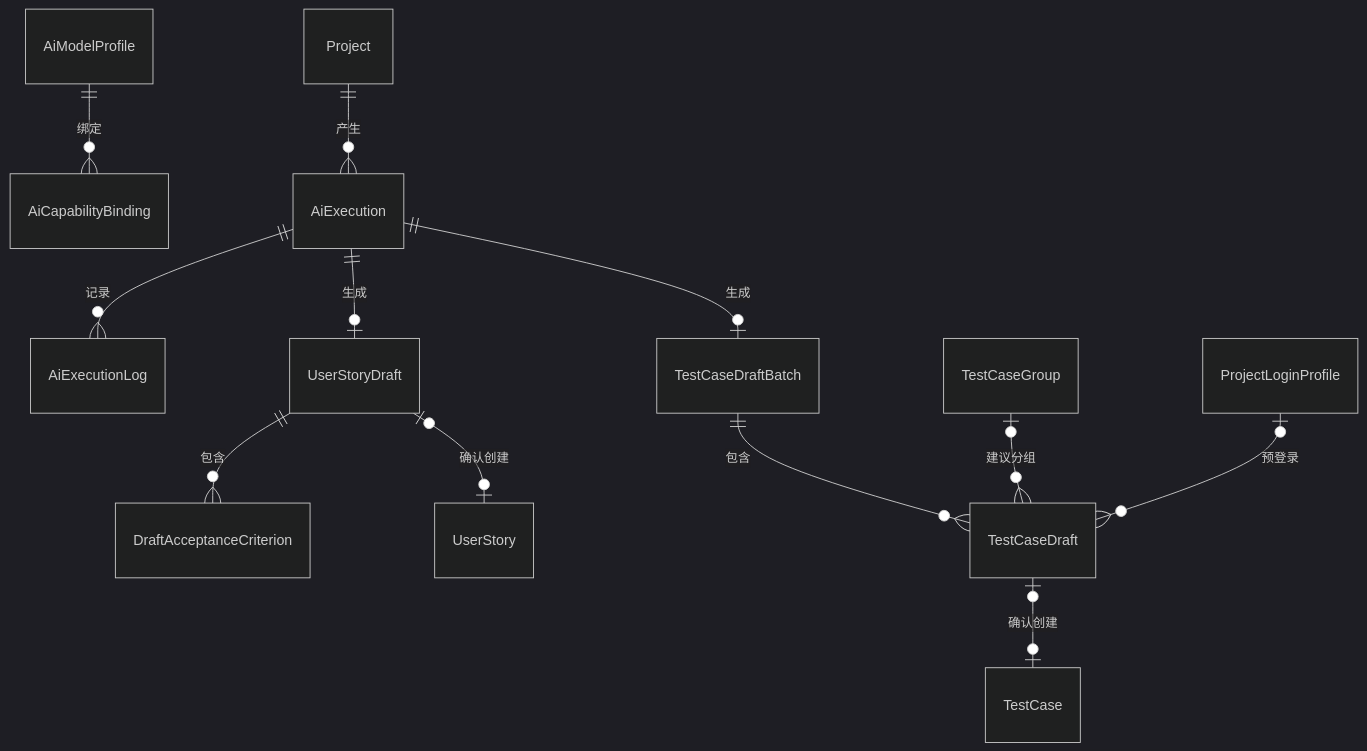
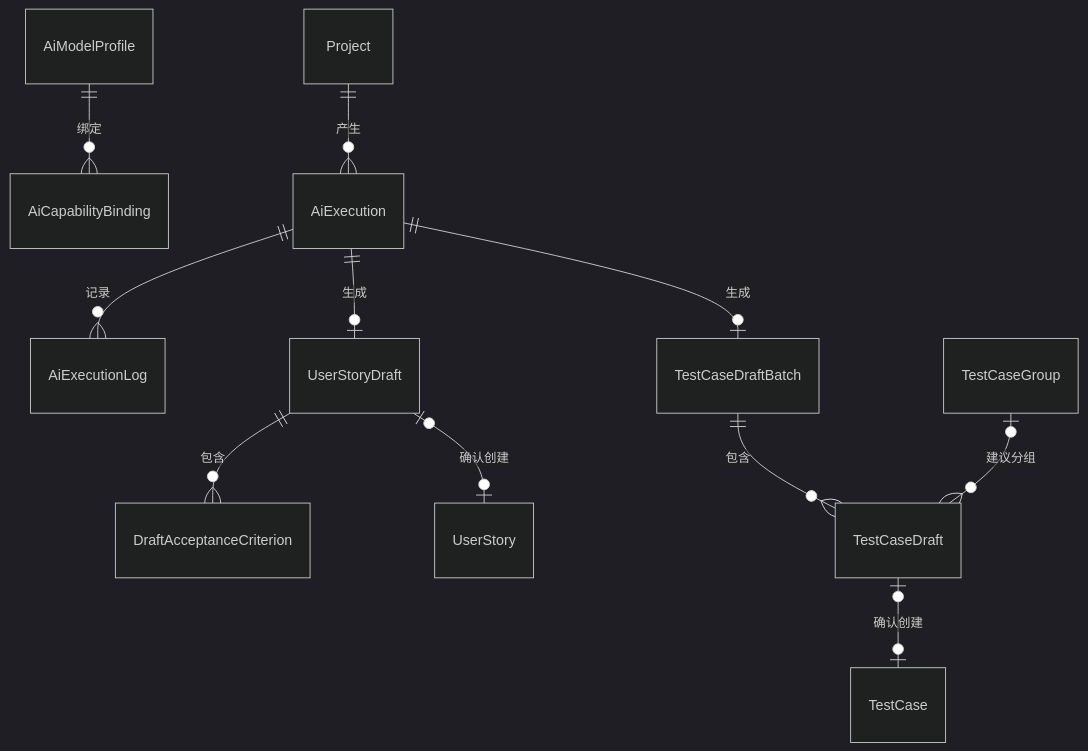
The fifth of 10 diagrams in docs/代码架构与运行机制.md (qianzgcn/spec-chain), drawn with Mermaid (dark theme) before and after one commit. The commit also changed other lines of this file and 82 other files, not shown here.

````diff
--- a/docs/代码架构与运行机制.md
+++ b/docs/代码架构与运行机制.md
@@ -773,15 +771,14 @@
 ```mermaid
 erDiagram
   AiModelProfile ||--o{ AiCapabilityBinding : 绑定
   Project ||--o{ AiExecution : 产生
   AiExecution ||--o{ AiExecutionLog : 记录
   AiExecution ||--o| UserStoryDraft : 生成
   UserStoryDraft ||--o{ DraftAcceptanceCriterion : 包含
   UserStoryDraft o|--o| UserStory : 确认创建
 
   AiExecution ||--o| TestCaseDraftBatch : 生成
   TestCaseDraftBatch ||--o{ TestCaseDraft : 包含
   TestCaseDraft o|--o| TestCase : 确认创建
   TestCaseGroup o|--o{ TestCaseDraft : 建议分组
-  ProjectLoginProfile o|--o{ TestCaseDraft : 预登录
 ```
````
